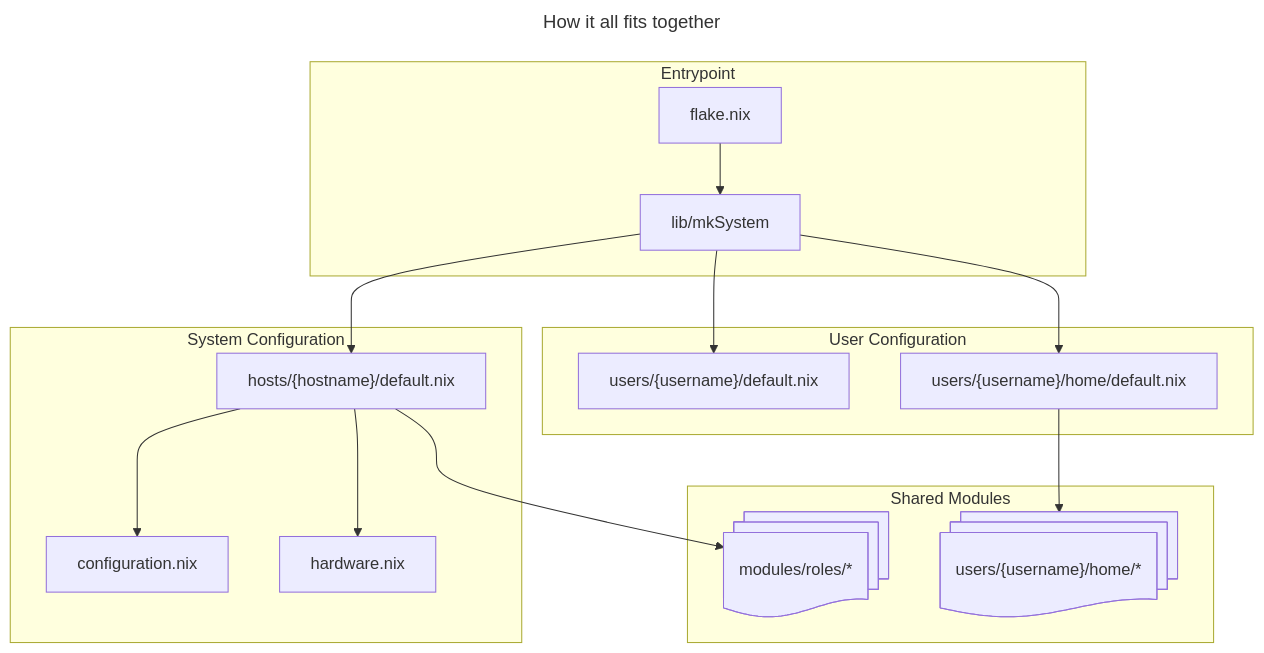
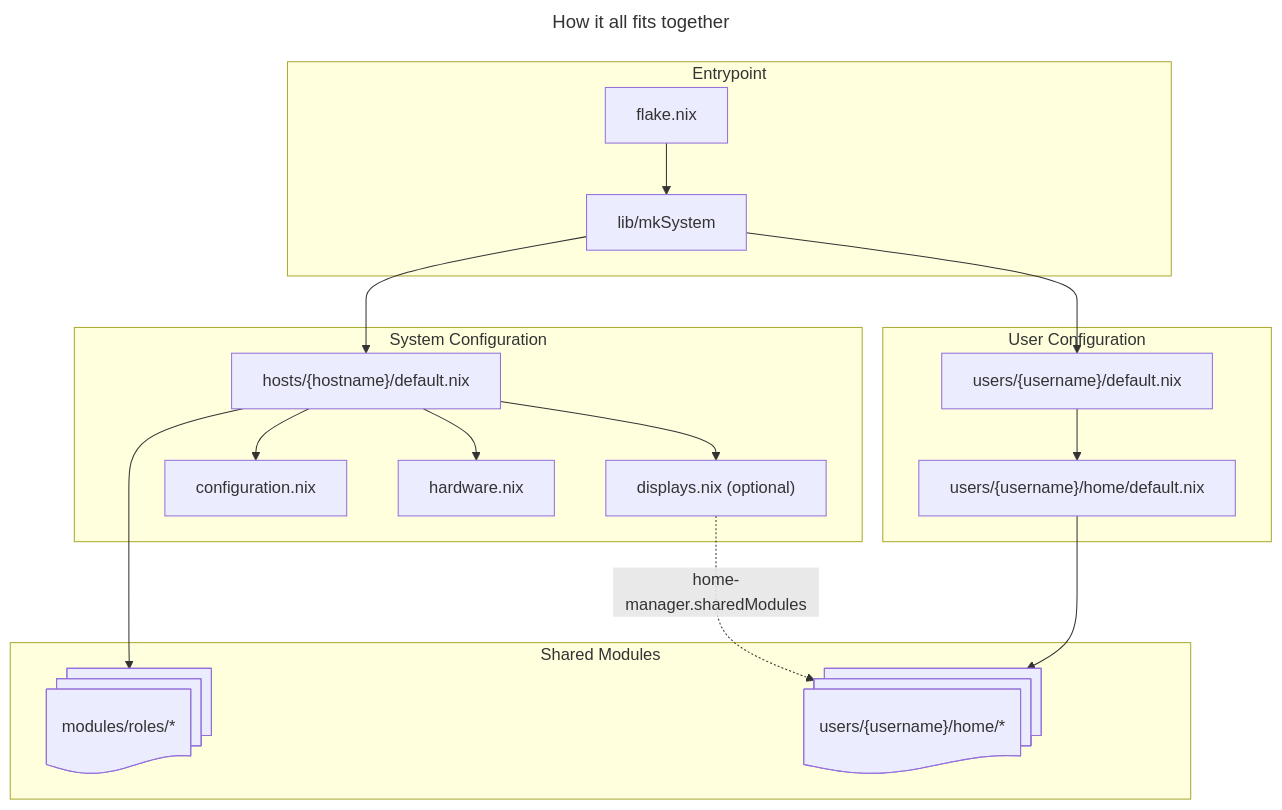
Before and after one commit to zenware/nixos-config: the diagram in README.md, drawn with Mermaid. The commit also changed other lines of this file and 2 other files, not shown here.

Commit message:
add monitor configuration details to Niri via HM Shared Modules

````diff
--- a/README.md
+++ b/README.md
@@ -23,34 +23,39 @@
 ```mermaid
 ---
 title: How it all fits together
 ---
 graph TD
     subgraph Entrypoint
         flake
         mkSystem
     end
     subgraph System Configuration
         hosts
         hosts_conf
         hosts_hardware
+        hosts_displays
     end
     subgraph User Configuration
         users_default
         users_home
     end
     subgraph Shared Modules
       nixos_mods
       home_mods
     end
     flake["flake.nix"] --> mkSystem["lib/mkSystem"]
     
     mkSystem --> hosts["hosts/{hostname}/default.nix"]
     mkSystem --> users_default["users/{username}/default.nix"]
-    mkSystem --> users_home["users/{username}/home/default.nix"]
+    users_default --> users_home["users/{username}/home/default.nix"]
     
     hosts --> nixos_mods@{ shape: docs, label: "modules/roles/*"}
     hosts --> hosts_conf["configuration.nix"]
     hosts --> hosts_hardware["hardware.nix"]
+    hosts --> hosts_displays["displays.nix (optional)"]
     
     users_home --> home_mods@{ shape: docs, label: "users/{username}/home/*"}
+
+    %% Host hardware facts are merged into every Home Manager user on that host.
+    hosts_displays -. "home-manager.sharedModules" .-> home_mods
 ```
````
